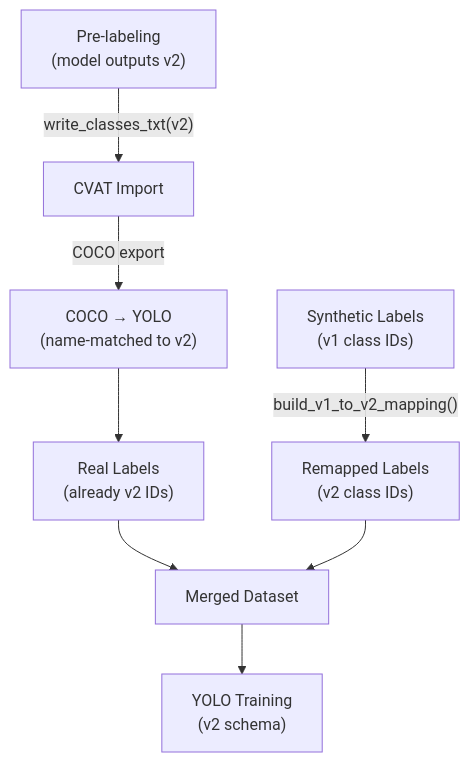
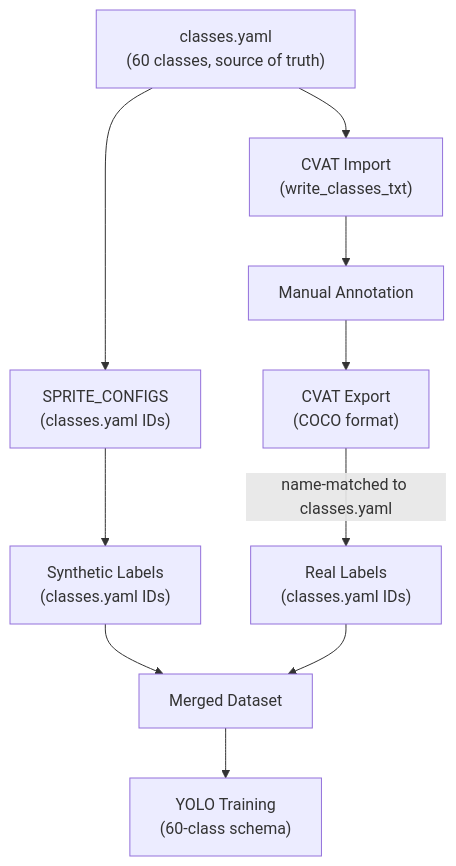
The diagram in docs/part5-operations/13-class-schema-evolution.md (dobosmarton/aoe2-agent), drawn with Mermaid before and after one commit. The commit also changed other lines of this file and 7 other files, not shown here.

````diff
--- a/docs/part5-operations/13-class-schema-evolution.md
+++ b/docs/part5-operations/13-class-schema-evolution.md
@@ -83,11 +52,14 @@
 ```mermaid
 flowchart TD
-    SYN["Synthetic Labels<br/>(v1 class IDs)"] -->|"build_v1_to_v2_mapping()"| REMAP["Remapped Labels<br/>(v2 class IDs)"]
-    REAL["Real Labels<br/>(already v2 IDs)"] --> MERGE["Merged Dataset"]
-    REMAP --> MERGE
-    MERGE --> TRAIN["YOLO Training<br/>(v2 schema)"]
+    YAML["classes.yaml<br/>(60 classes, source of truth)"] --> SPRITES["SPRITE_CONFIGS<br/>(classes.yaml IDs)"]
+    SPRITES --> SYN["Synthetic Labels<br/>(classes.yaml IDs)"]
+    SYN --> MERGE["Merged Dataset"]
 
-    PRE["Pre-labeling<br/>(model outputs v2)"] -->|"write_classes_txt(v2)"| CVAT["CVAT Import"]
-    CVAT -->|"COCO export"| CONVERT["COCO → YOLO<br/>(name-matched to v2)"]
-    CONVERT --> REAL
+    YAML --> CVAT_IMPORT["CVAT Import<br/>(write_classes_txt)"]
+    CVAT_IMPORT --> ANNOTATE["Manual Annotation"]
+    ANNOTATE --> CVAT_EXPORT["CVAT Export<br/>(COCO format)"]
+    CVAT_EXPORT -->|"name-matched to classes.yaml"| REAL["Real Labels<br/>(classes.yaml IDs)"]
+    REAL --> MERGE
+
+    MERGE --> TRAIN["YOLO Training<br/>(60-class schema)"]
 ```
````
